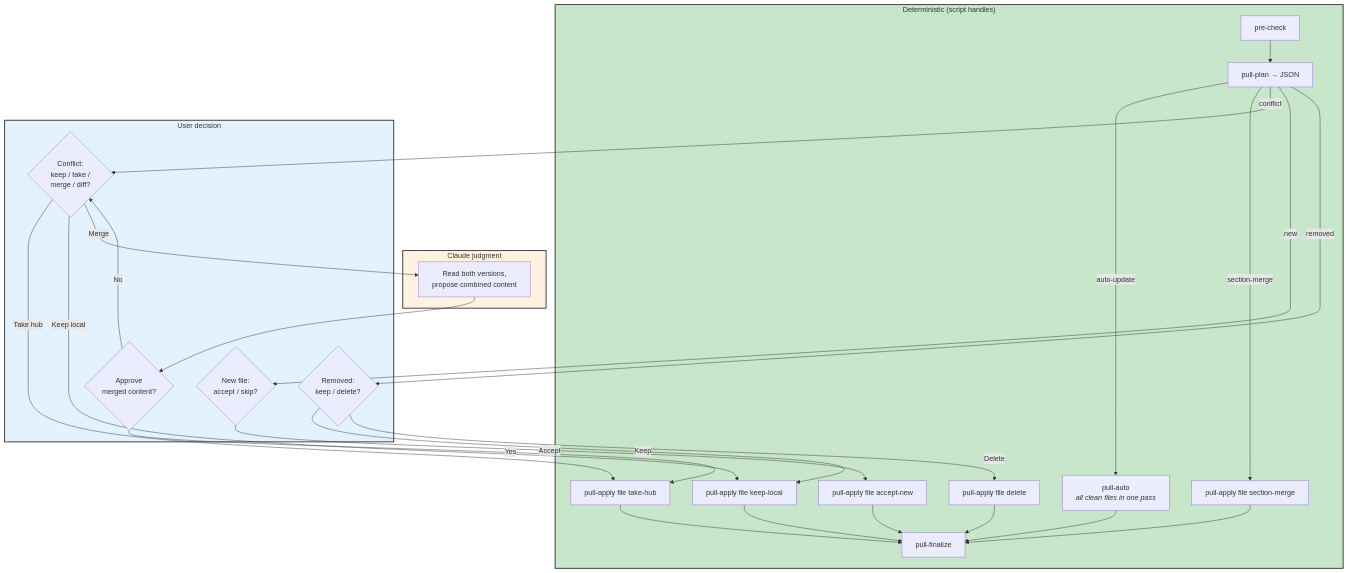
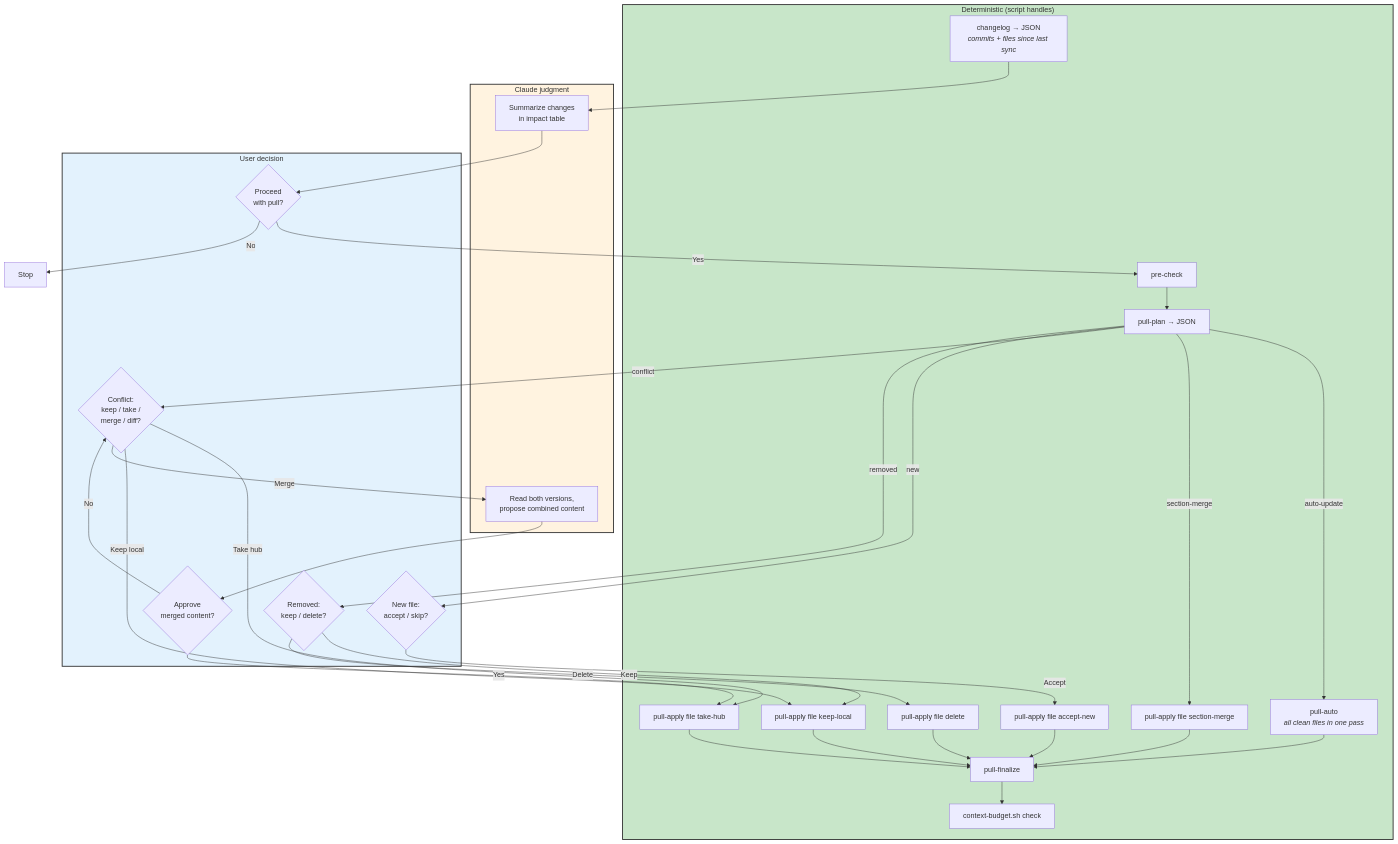
The third of 7 diagrams in .ccanvil/guide/sync.md (goldhaxx/fucina), drawn with Mermaid before and after one commit. The commit also changed other lines of this file and 15 other files, not shown here.

First line of the commit message:
chore(sync): pull from hub @ 2810f70

````diff
--- a/.ccanvil/guide/sync.md
+++ b/.ccanvil/guide/sync.md
@@ -109,54 +111,62 @@
 ```mermaid
 flowchart TD
     subgraph DETERMINISTIC ["Deterministic (script handles)"]
+        CHANGELOG["changelog → JSON<br/><i>commits + files since last sync</i>"]
         START["pre-check"]
         PLAN["pull-plan → JSON"]
         AUTO["pull-auto<br/><i>all clean files in one pass</i>"]
         SM["pull-apply file section-merge"]
         TAKE["pull-apply file take-hub"]
         KEEP["pull-apply file keep-local"]
         ACCEPT["pull-apply file accept-new"]
         DEL["pull-apply file delete"]
         FIN["pull-finalize"]
+        BUDGET["context-budget.sh check"]
     end
 
     subgraph STOCHASTIC ["Claude judgment"]
+        IMPACT["Summarize changes<br/>in impact table"]
         MERGE["Read both versions,<br/>propose combined content"]
     end
 
     subgraph USER ["User decision"]
+        CONFIRM{"Proceed<br/>with pull?"}
         OPT{"Conflict:<br/>keep / take /<br/>merge / diff?"}
         NEW_OPT{"New file:<br/>accept / skip?"}
         RM_OPT{"Removed:<br/>keep / delete?"}
         APPROVE{"Approve<br/>merged content?"}
     end
 
+    CHANGELOG --> IMPACT --> CONFIRM
+    CONFIRM -->|"Yes"| START
+    CONFIRM -->|"No"| STOP["Stop"]
     START --> PLAN
     PLAN -->|"auto-update"| AUTO
     PLAN -->|"section-merge"| SM
     PLAN -->|"conflict"| OPT
     PLAN -->|"new"| NEW_OPT
     PLAN -->|"removed"| RM_OPT
 
     OPT -->|"Take hub"| TAKE
     OPT -->|"Keep local"| KEEP
     OPT -->|"Merge"| MERGE
     MERGE --> APPROVE
     APPROVE -->|"Yes"| TAKE
     APPROVE -->|"No"| OPT
 
     NEW_OPT -->|"Accept"| ACCEPT
     RM_OPT -->|"Keep"| KEEP
     RM_OPT -->|"Delete"| DEL
 
     AUTO --> FIN
     SM --> FIN
     TAKE --> FIN
     KEEP --> FIN
     ACCEPT --> FIN
     DEL --> FIN
+    FIN --> BUDGET
 
     style DETERMINISTIC fill:#c8e6c9,stroke:#333,stroke-width:2px
     style STOCHASTIC fill:#fff3e0,stroke:#333,stroke-width:2px
     style USER fill:#e3f2fd,stroke:#333,stroke-width:2px
 ```
````
